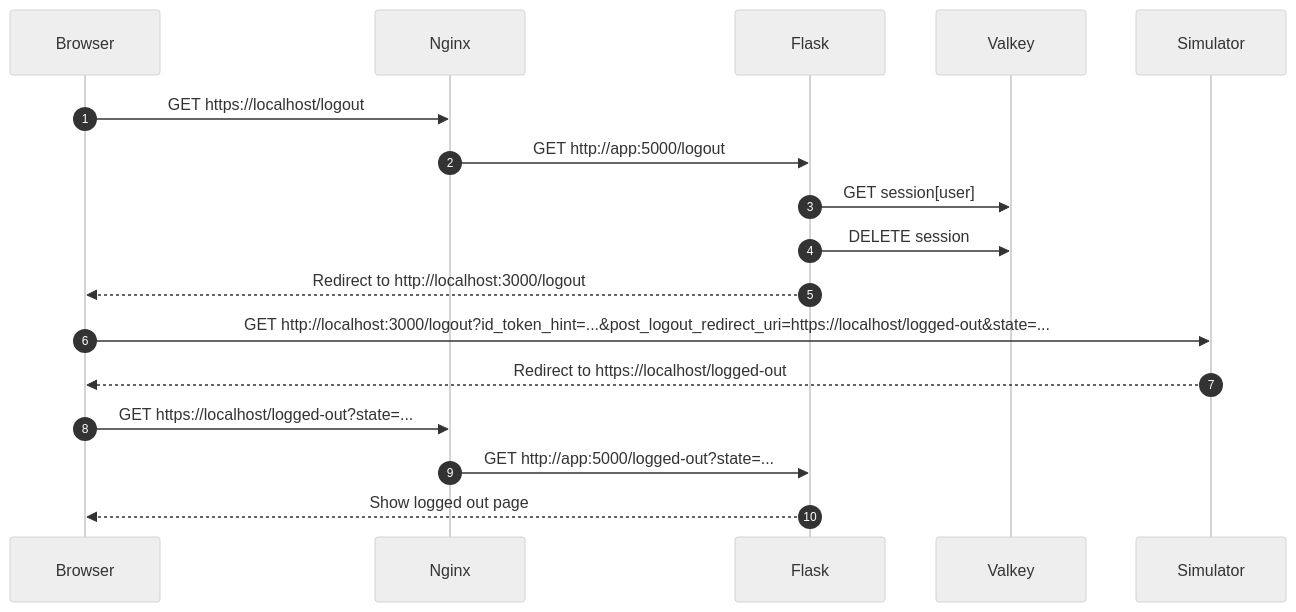
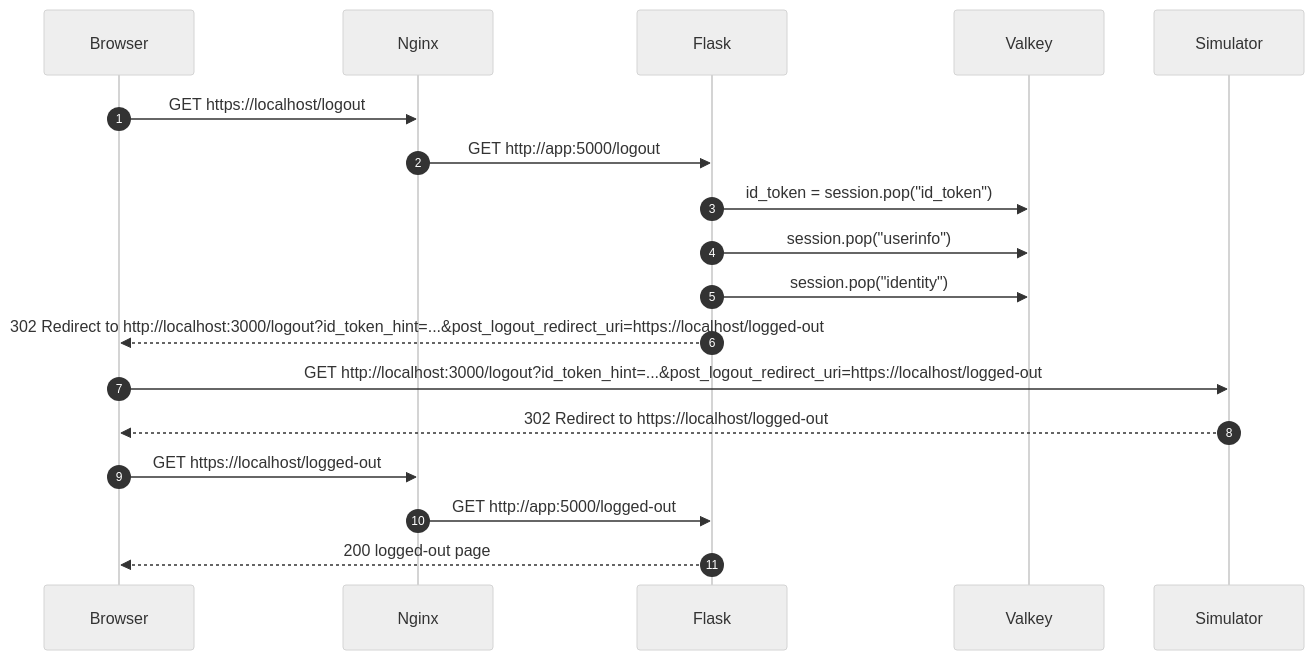
Before and after one commit to LandRegistry/govuk-frontend-flask: the fourth of 4 diagrams in README.md, drawn with Mermaid (neutral theme). The commit also changed other lines of this file, not shown here.

Commit message:
update login and logout diagrams

````diff
--- a/README.md
+++ b/README.md
@@ -267,20 +276,21 @@
 ```mermaid
 sequenceDiagram
     autonumber
     participant Browser
     participant Web as Nginx
     participant App as Flask
-    participant Cache as Valkey
+    participant Session as Valkey
     participant Simulator
 
     Browser->>Web: GET https://localhost/logout
     Web->>App: GET http://app:5000/logout
-    App->>Cache: GET session[user]
-    App->>Cache: DELETE session
-    App-->>Browser: Redirect to http://localhost:3000/logout
-    Browser->>Simulator: GET http://localhost:3000/logout?id_token_hint=...&post_logout_redirect_uri=https://localhost/logged-out&state=...
-    Simulator-->>Browser: Redirect to https://localhost/logged-out
-    Browser->>Web: GET https://localhost/logged-out?state=...
-    Web->>App: GET http://app:5000/logged-out?state=...
-    App-->>Browser: Show logged out page
+    App->>Session: id_token = session.pop("id_token")
+    App->>Session: session.pop("userinfo")
+    App->>Session: session.pop("identity")
+    App-->>Browser: 302 Redirect to http://localhost:3000/logout?id_token_hint=...&post_logout_redirect_uri=https://localhost/logged-out
+    Browser->>Simulator: GET http://localhost:3000/logout?id_token_hint=...&post_logout_redirect_uri=https://localhost/logged-out
+    Simulator-->>Browser: 302 Redirect to https://localhost/logged-out
+    Browser->>Web: GET https://localhost/logged-out
+    Web->>App: GET http://app:5000/logged-out
+    App-->>Browser: 200 logged-out page
 ```
````
